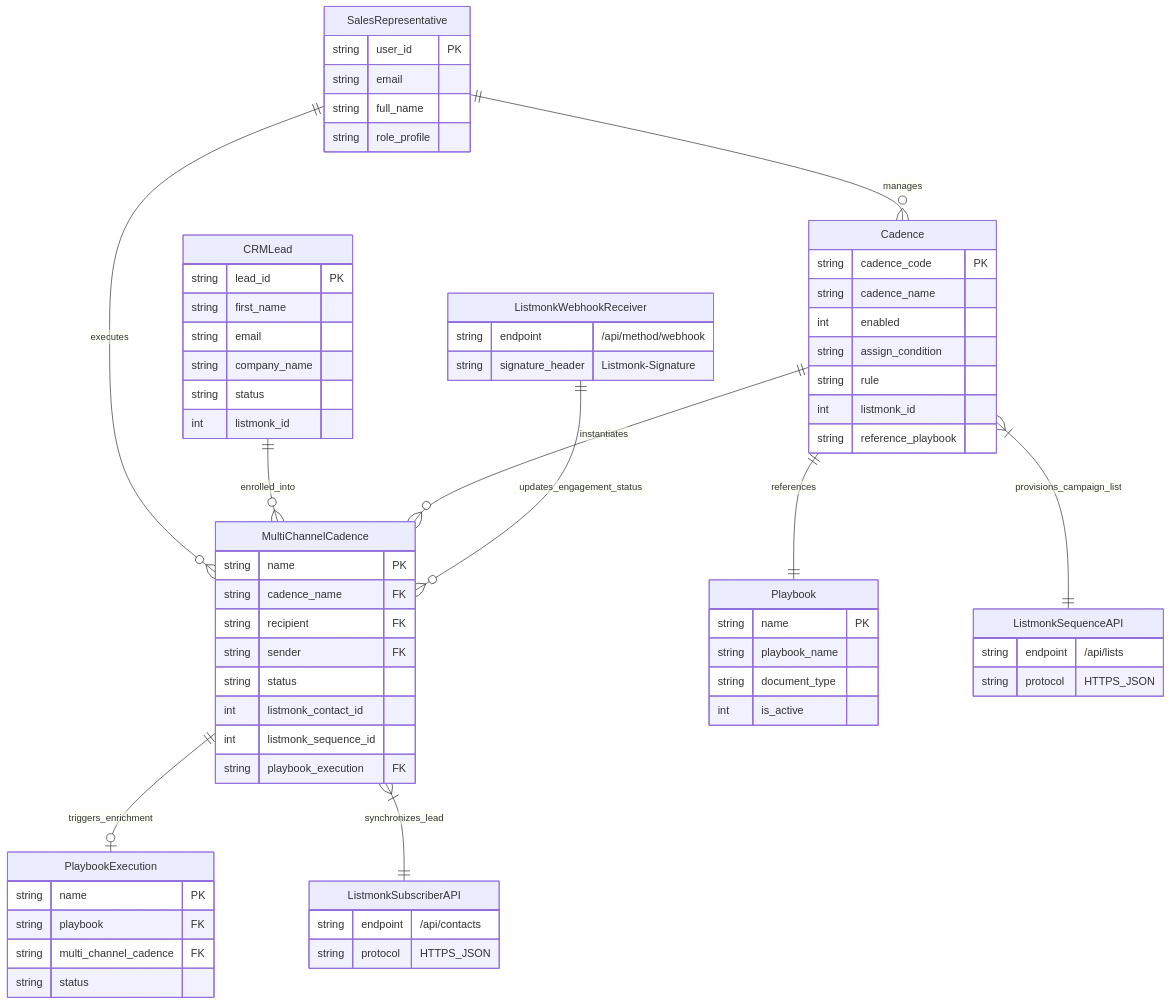
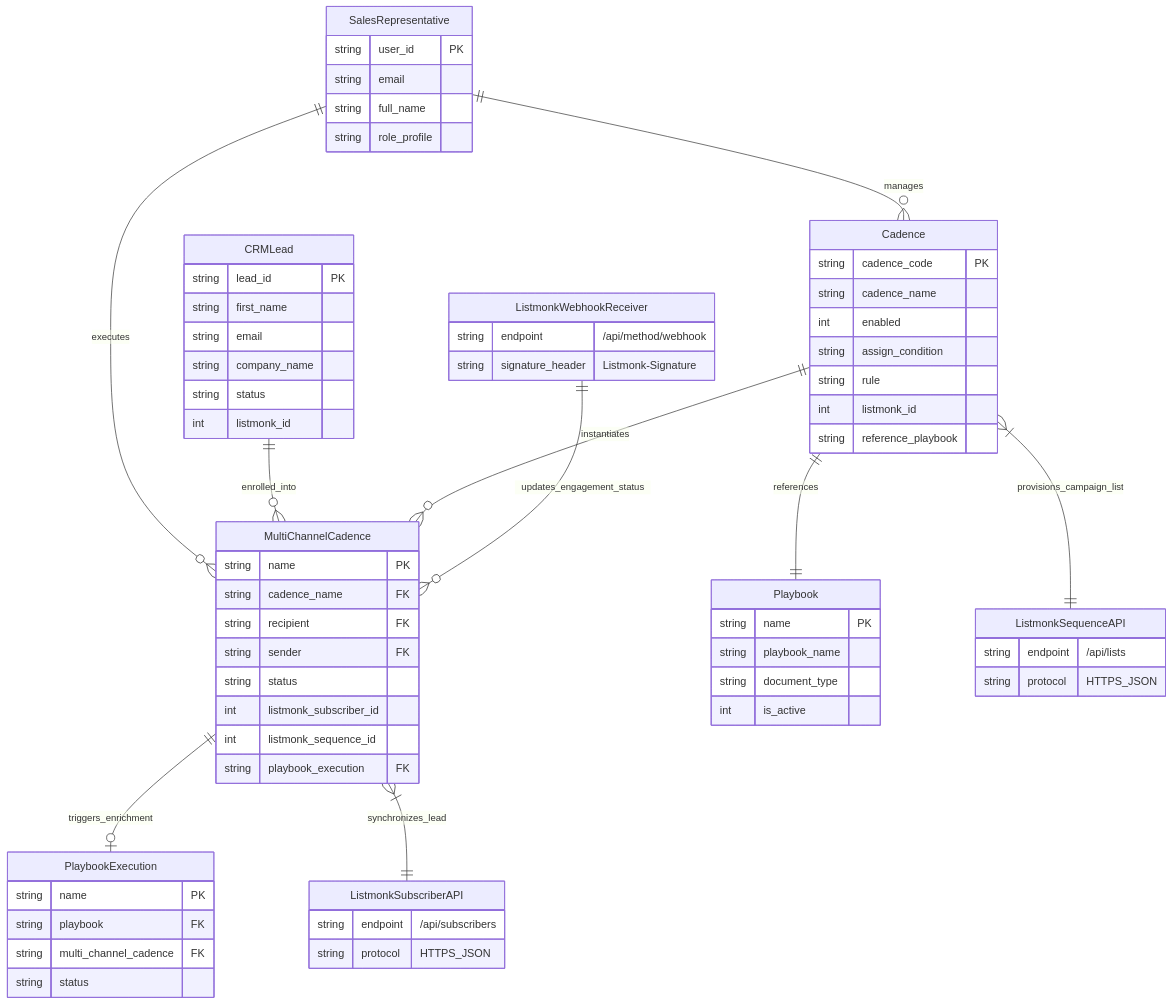
Before and after one commit to aurumorcom/frappe-cadence: the diagram in docs/architecture/c4/01-system-context.md, drawn with Mermaid. The commit also changed 2 other files, not shown here.

Commit message:
docs: rename listmonk contact references to subscriber
Update documentation to reflect the correct Listmonk API
terminology. The Listmonk API uses "subscribers" endpoint
instead of "contacts", and the database field should be named
`listmonk_subscriber_id` for consistency with the API.

This change updates the C4 architecture diagrams and component
documentation to use the accurate API endpoint and field naming
conventions.

````diff
--- a/docs/architecture/c4/01-system-context.md
+++ b/docs/architecture/c4/01-system-context.md
@@ -8,78 +8,78 @@
 ```mermaid
 erDiagram
     SalesRepresentative ||--o{ Cadence : "manages"
     SalesRepresentative ||--o{ MultiChannelCadence : "executes"
     CRMLead ||--o{ MultiChannelCadence : "enrolled_into"
     Cadence ||--o{ MultiChannelCadence : "instantiates"
     Cadence ||--|| Playbook : "references"
     MultiChannelCadence ||--o| PlaybookExecution : "triggers_enrichment"
     MultiChannelCadence }|--|| ListmonkSubscriberAPI : "synchronizes_lead"
     Cadence }|--|| ListmonkSequenceAPI : "provisions_campaign_list"
     ListmonkWebhookReceiver ||--o{ MultiChannelCadence : "updates_engagement_status"
 
     SalesRepresentative {
         string user_id PK
         string email
         string full_name
         string role_profile
     }
 
     CRMLead {
         string lead_id PK
         string first_name
         string email
         string company_name
         string status
         int listmonk_id
     }
 
     Cadence {
         string cadence_code PK
         string cadence_name
         int enabled
         string assign_condition
         string rule
         int listmonk_id
         string reference_playbook
     }
 
     MultiChannelCadence {
         string name PK
         string cadence_name FK
         string recipient FK
         string sender FK
         string status
-        int listmonk_contact_id
+        int listmonk_subscriber_id
         int listmonk_sequence_id
         string playbook_execution FK
     }
 
     Playbook {
         string name PK
         string playbook_name
         string document_type
         int is_active
     }
 
     PlaybookExecution {
         string name PK
         string playbook FK
         string multi_channel_cadence FK
         string status
     }
 
     ListmonkSubscriberAPI {
-        string endpoint "/api/contacts"
+        string endpoint "/api/subscribers"
         string protocol "HTTPS_JSON"
     }
 
     ListmonkSequenceAPI {
         string endpoint "/api/lists"
         string protocol "HTTPS_JSON"
     }
 
     ListmonkWebhookReceiver {
         string endpoint "/api/method/webhook"
         string signature_header "Listmonk-Signature"
     }
 ```
````
